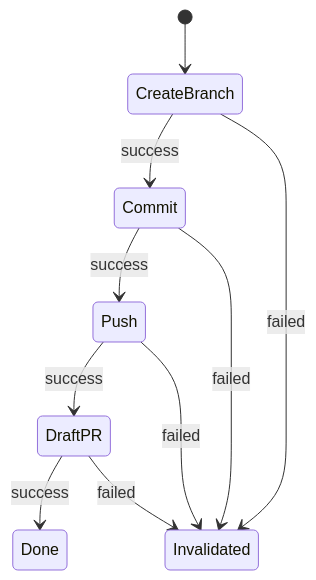
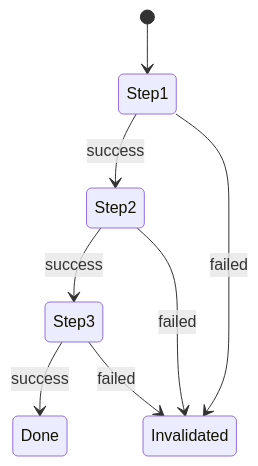
The seventh of 8 diagrams in docs/08-approval-and-remote-mutations.md (Arthur999459up/GitAgent), drawn with Mermaid before and after one commit. The commit also changed other lines of this file and 15 other files, not shown here.

````diff
--- a/docs/08-approval-and-remote-mutations.md
+++ b/docs/08-approval-and-remote-mutations.md
@@ -402,12 +198,10 @@
 ```mermaid
 stateDiagram-v2
-    [*] --> CreateBranch
-    CreateBranch --> Commit: success
-    Commit --> Push: success
-    Push --> DraftPR: success
-    DraftPR --> Done: success
-    CreateBranch --> Invalidated: failed
-    Commit --> Invalidated: failed
-    Push --> Invalidated: failed
-    DraftPR --> Invalidated: failed
+    [*] --> Step1
+    Step1 --> Step2: success
+    Step2 --> Step3: success
+    Step3 --> Done: success
+    Step1 --> Invalidated: failed
+    Step2 --> Invalidated: failed
+    Step3 --> Invalidated: failed
 ```
````
